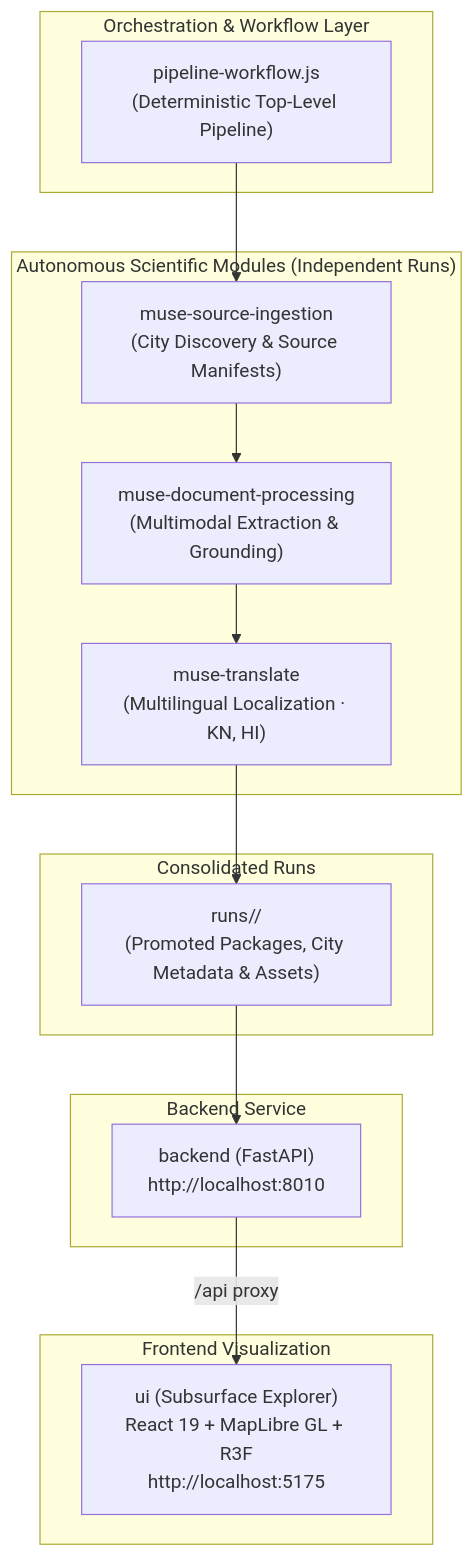
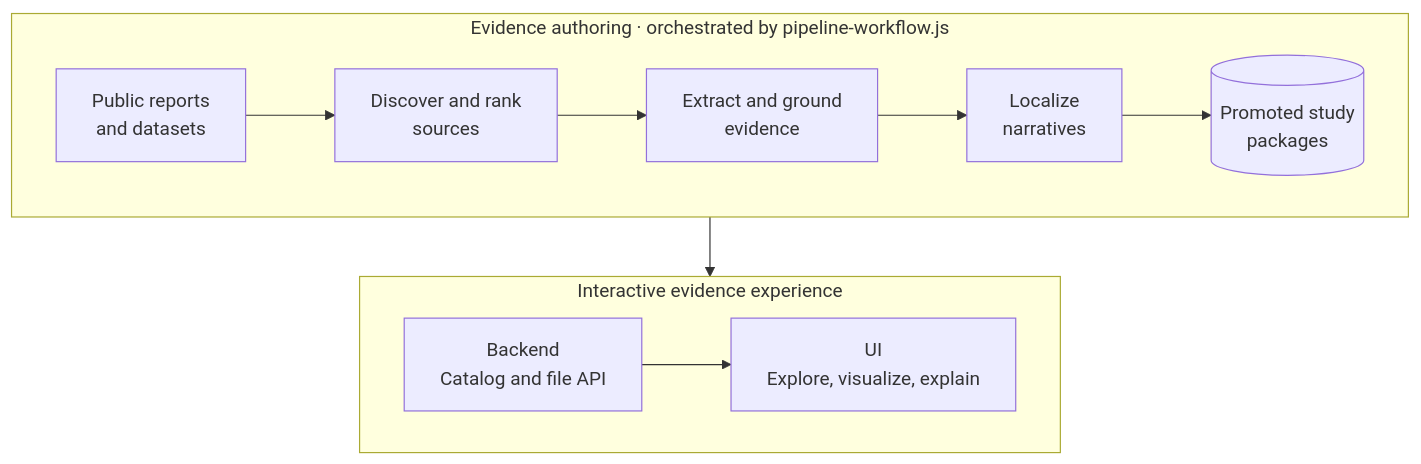
One commit to kunalkini15/upamelm.ai changed the diagram in README.md. Above: the diagram before and after it, drawn with Mermaid. The commit also changed other lines of this file, not shown here.

Commit message:
update readme file

````diff
--- a/README.md
+++ b/README.md
@@ -13,31 +18,26 @@
 ```mermaid
-flowchart TD
-    subgraph Orchestration ["Orchestration & Workflow Layer"]
-        PW["pipeline-workflow.js<br/>(Deterministic Top-Level Pipeline)"]
+flowchart TB
+    accTitle: Subsurface system architecture
+    accDescr: Public scientific sources move through discovery, evidence extraction, localization, and package promotion. The backend serves those packages to a UI that supports exploration, visualization, and explanation.
+
+    subgraph AUTHORING ["Evidence authoring · orchestrated by pipeline-workflow.js"]
+        direction LR
+        SOURCES["Public reports<br/>and datasets"]
+        DISCOVER["Discover and rank<br/>sources"]
+        EXTRACT["Extract and ground<br/>evidence"]
+        LOCALIZE["Localize<br/>narratives"]
+        PACKAGES[("Promoted study<br/>packages")]
+
+        SOURCES --> DISCOVER --> EXTRACT --> LOCALIZE --> PACKAGES
     end
 
-    subgraph Stages ["Autonomous Scientific Modules (Independent Runs)"]
-        SI["muse-source-ingestion<br/>(City Discovery & Source Manifests)"]
-        DP["muse-document-processing<br/>(Multimodal Extraction & Grounding)"]
-        TR["muse-translate<br/>(Multilingual Localization · KN, HI)"]
+    subgraph EXPERIENCE ["Interactive evidence experience"]
+        direction LR
+        BACKEND["Backend<br/>Catalog and file API"]
+        UI["UI<br/>Explore, visualize, explain"]
+
+        BACKEND --> UI
     end
 
-    subgraph Storage ["Consolidated Runs"]
-        RUNS["runs/<city>/<br/>(Promoted Packages, City Metadata & Assets)"]
-    end
-
-    subgraph Serving ["Backend Service"]
-        API["backend (FastAPI)<br/>http://localhost:8010"]
-    end
-
-    subgraph Presentation ["Frontend Visualization"]
-        UI["ui (Subsurface Explorer)<br/>React 19 + MapLibre GL + R3F<br/>http://localhost:5175"]
-    end
-
-    PW --> SI
-    SI --> DP
-    DP --> TR
-    TR --> RUNS
-    RUNS --> API
-    API -->|/api proxy| UI
+    AUTHORING --> EXPERIENCE
 ```
````
